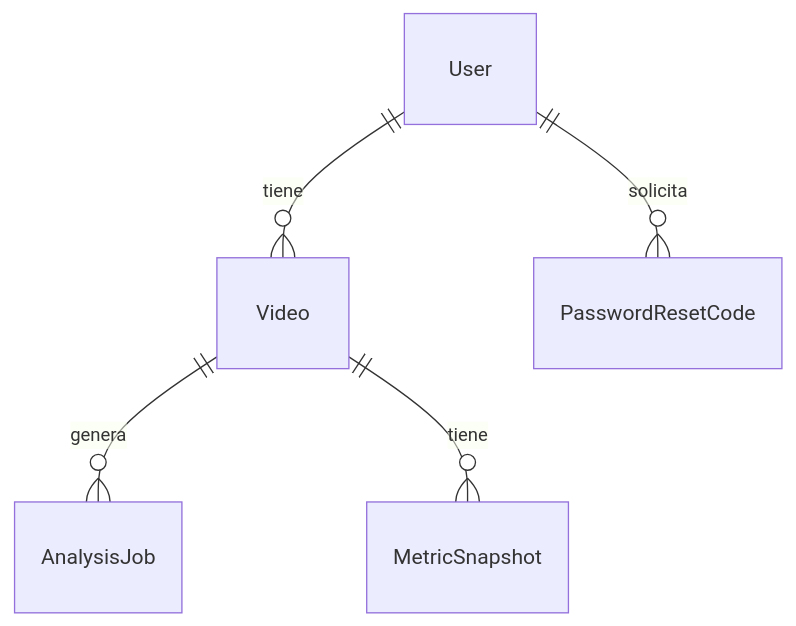
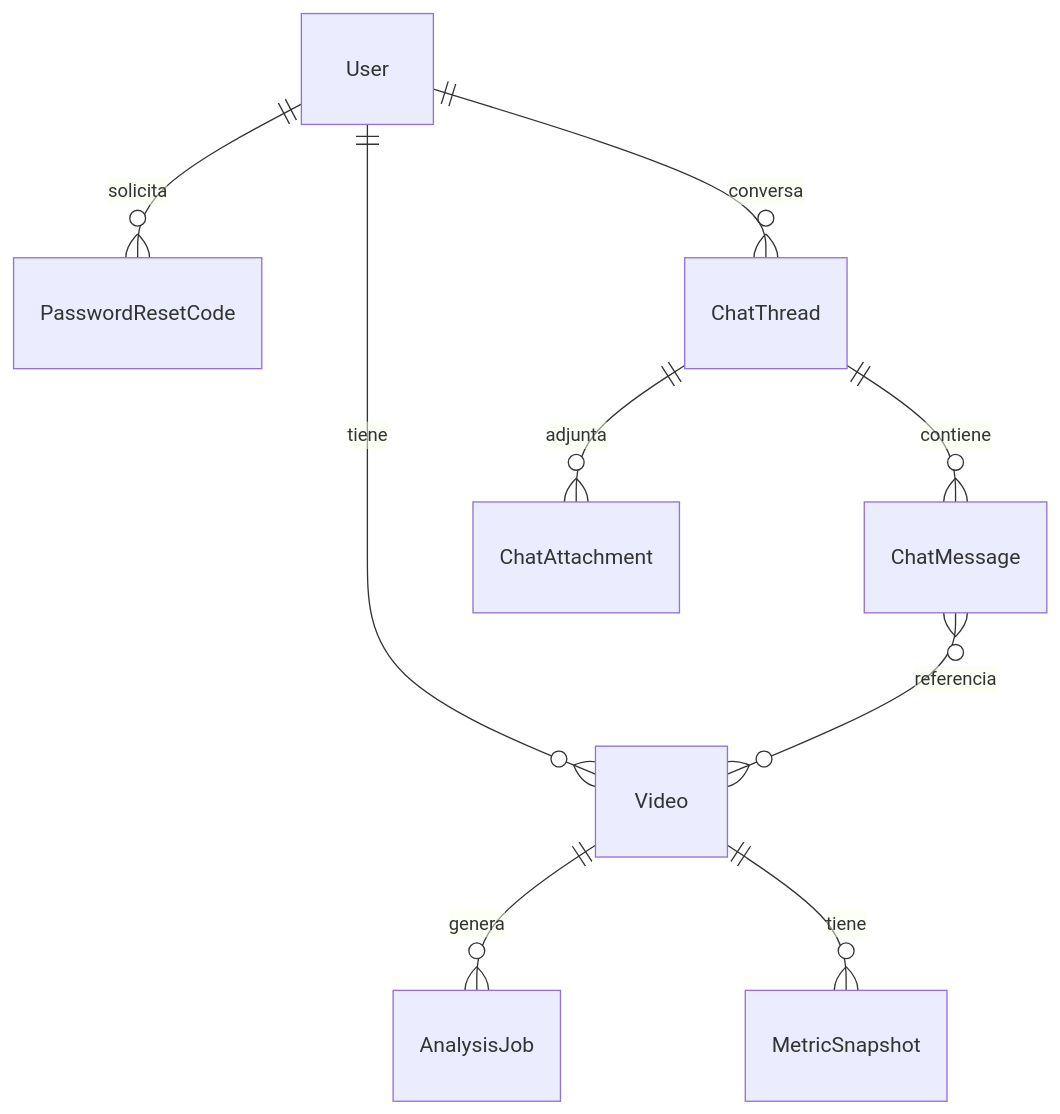
One commit to ceshez/DRIVXIS-Plataforma-de-analisis-de-futbol changed the diagram in docs/DATABASE.md. Above: the diagram before and after it, drawn with Mermaid. The commit also changed other lines of this file and 24 other files, not shown here.

````diff
--- a/docs/DATABASE.md
+++ b/docs/DATABASE.md
@@ -139,7 +139,11 @@
 ```mermaid
 erDiagram
   User ||--o{ Video : tiene
   User ||--o{ PasswordResetCode : solicita
   Video ||--o{ AnalysisJob : genera
   Video ||--o{ MetricSnapshot : tiene
+  User ||--o{ ChatThread : conversa
+  ChatThread ||--o{ ChatMessage : contiene
+  ChatMessage }o--o{ Video : referencia
+  ChatThread ||--o{ ChatAttachment : adjunta
 ```
````
